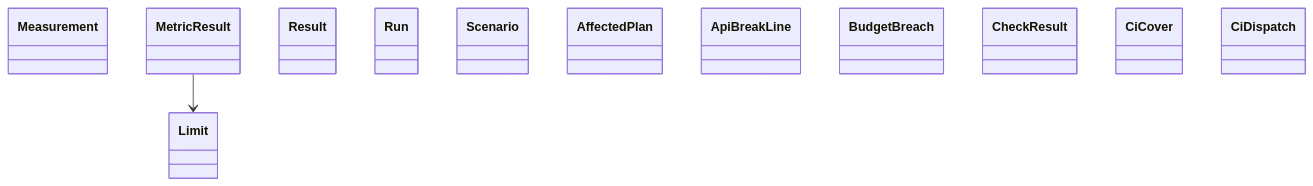
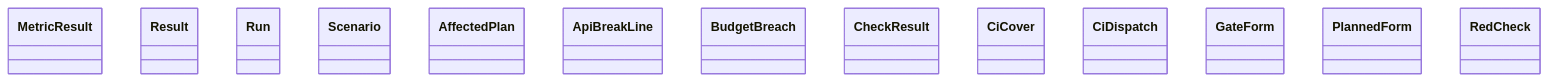
The diagram in docs/architecture/generated/classes-process-domain-checks-3.md (GonzaloZevallos/agentic-system), drawn with Mermaid before and after one commit. The commit also changed other lines of this file and 3 other files, not shown here.

Commit message:
Regenerate the class diagrams for the new UngrantedWorkers exception

````diff
--- a/docs/architecture/generated/classes-process-domain-checks-3.md
+++ b/docs/architecture/generated/classes-process-domain-checks-3.md
@@ -33,16 +33,16 @@
 ```mermaid
 classDiagram
-    class performance__Limit["Limit"]
-    class performance__Measurement["Measurement"]
     class performance__MetricResult["MetricResult"]
     class performance__Result["Result"]
     class performance__Run["Run"]
     class performance__Scenario["Scenario"]
     class presubmit__AffectedPlan["AffectedPlan"]
     class presubmit__ApiBreakLine["ApiBreakLine"]
     class presubmit__BudgetBreach["BudgetBreach"]
     class presubmit__CheckResult["CheckResult"]
     class presubmit__CiCover["CiCover"]
     class presubmit__CiDispatch["CiDispatch"]
-    performance__MetricResult --> performance__Limit
+    class presubmit__GateForm["GateForm"]
+    class presubmit__PlannedForm["PlannedForm"]
+    class presubmit__RedCheck["RedCheck"]
 ```
````
